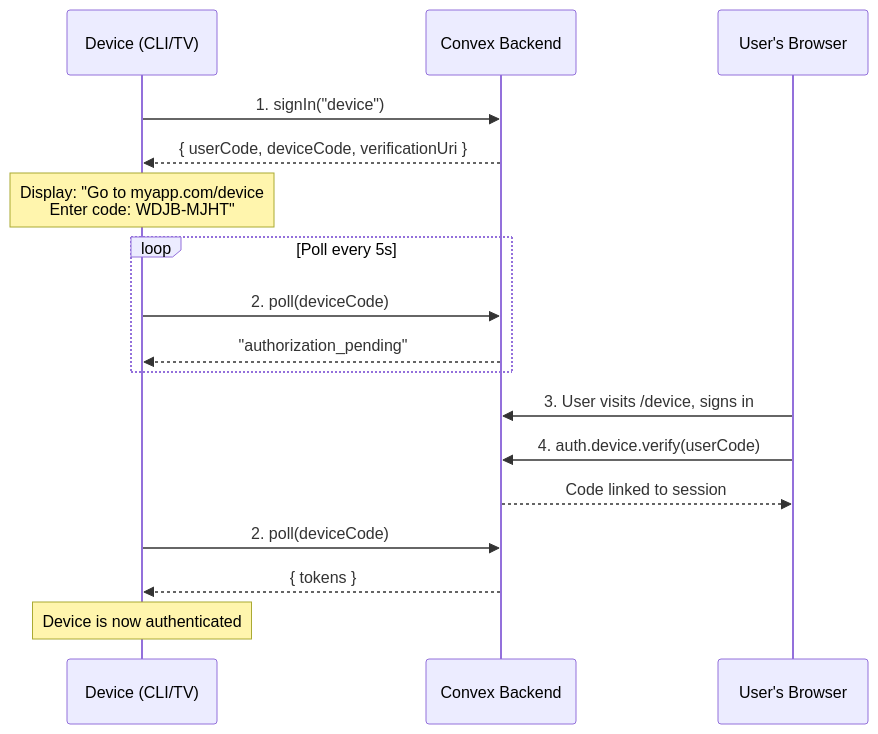
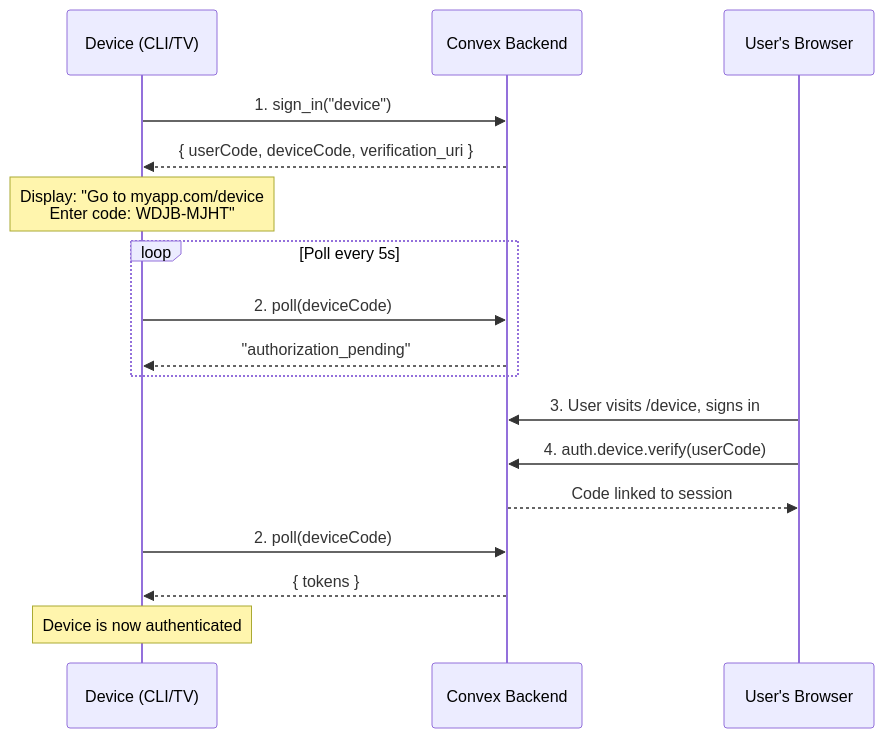
The first of 2 diagrams in README.md (robelest/convex-auth), drawn with Mermaid before and after one commit. The commit also changed other lines of this file and 55 other files, not shown here.

First line of the commit message:
feat(auth)!: normalize schema and action naming contracts

````diff
--- a/README.md
+++ b/README.md
@@ -763,25 +763,25 @@
 ```mermaid
 sequenceDiagram
     participant Device as Device (CLI/TV)
     participant Convex as Convex Backend
     participant Browser as User's Browser
 
-    Device->>Convex: 1. signIn("device")
-    Convex-->>Device: { userCode, deviceCode, verificationUri }
+    Device->>Convex: 1. sign_in("device")
+    Convex-->>Device: { userCode, deviceCode, verification_uri }
 
     Note over Device: Display: "Go to myapp.com/device<br/>Enter code: WDJB-MJHT"
 
     loop Poll every 5s
         Device->>Convex: 2. poll(deviceCode)
         Convex-->>Device: "authorization_pending"
     end
 
     Browser->>Convex: 3. User visits /device, signs in
     Browser->>Convex: 4. auth.device.verify(userCode)
     Convex-->>Browser: Code linked to session
 
     Device->>Convex: 2. poll(deviceCode)
     Convex-->>Device: { tokens }
 
     Note over Device: Device is now authenticated
 ```
````
